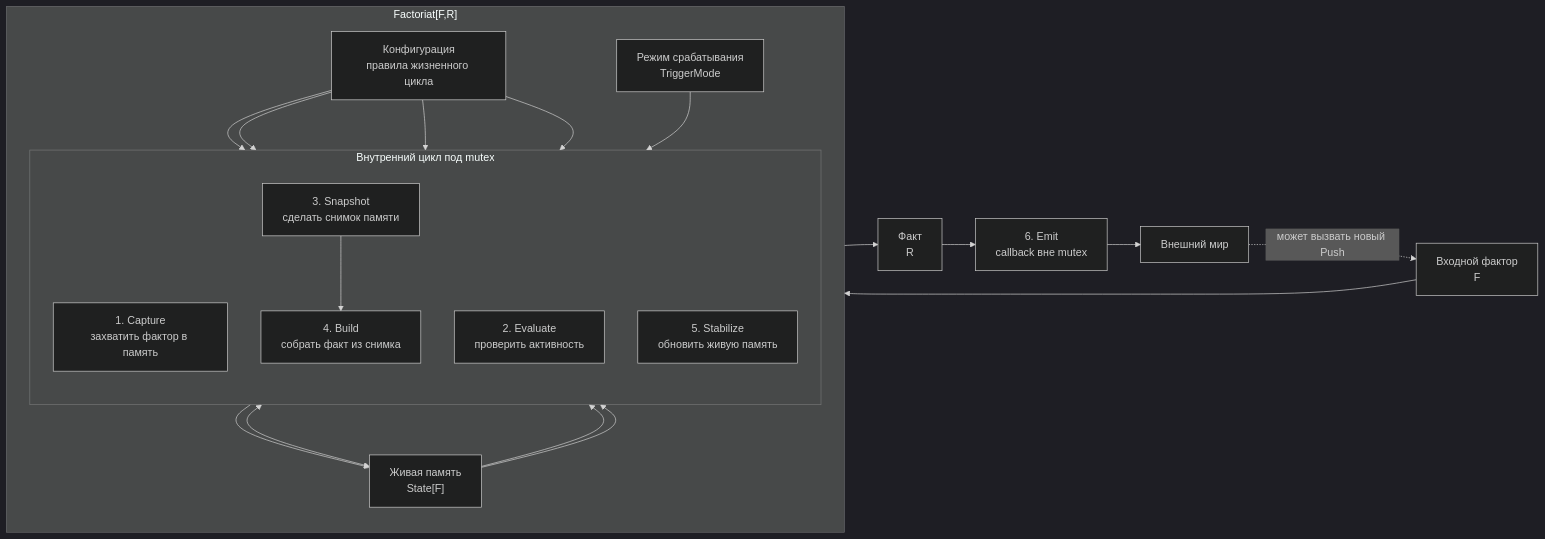
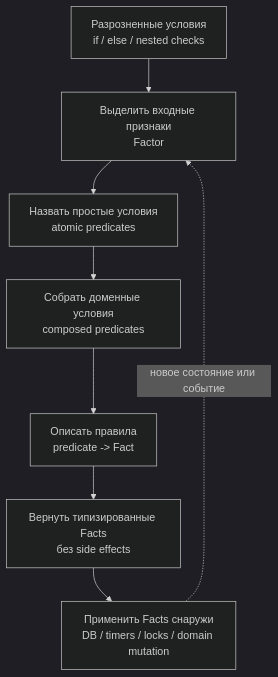
One commit to vortex14/go-factoriat changed the second of 2 diagrams in README.md. Above: the diagram before and after it, drawn with Mermaid (dark theme). The commit also changed other lines of this file and 10 other files, not shown here.

````diff
--- a/README.md
+++ b/README.md
@@ -173,38 +58,11 @@
 ```mermaid
-flowchart LR
-    IN["Входной фактор<br/>F"] --> FT
+flowchart TB
+    A["Разрозненные условия<br/>if / else / nested checks"] --> B["Выделить входные признаки<br/>Factor"]
+    B --> C["Назвать простые условия<br/>atomic predicates"]
+    C --> D["Собрать доменные условия<br/>composed predicates"]
+    D --> E["Описать правила<br/>predicate -> Fact"]
+    E --> F["Вернуть типизированные Facts<br/>без side effects"]
+    F --> G["Применить Facts снаружи<br/>DB / timers / locks / domain mutation"]
 
-    subgraph FT["Factoriat[F,R]"]
-        direction TB
-
-        CFG["Конфигурация<br/>правила жизненного цикла"]
-        MEM["Живая память<br/>State[F]"]
-        MODE["Режим срабатывания<br/>TriggerMode"]
-
-        subgraph LOCK["Внутренний цикл под mutex"]
-            direction TB
-            CAP["1. Capture<br/>захватить фактор в память"]
-            EVAL["2. Evaluate<br/>проверить активность"]
-            SNAP["3. Snapshot<br/>сделать снимок памяти"]
-            BUILD["4. Build<br/>собрать факт из снимка"]
-            STAB["5. Stabilize<br/>обновить живую память"]
-        end
-
-        CFG --> CAP
-        CFG --> EVAL
-        CFG --> BUILD
-        CFG --> STAB
-        MODE --> EVAL
-
-        MEM <--> CAP
-        MEM --> EVAL
-        MEM --> SNAP
-        SNAP --> BUILD
-        STAB --> MEM
-    end
-
-    BUILD --> FACT["Факт<br/>R"]
-    FACT --> EMIT["6. Emit<br/>callback вне mutex"]
-    EMIT --> OUT["Внешний мир"]
-    OUT -. "может вызвать новый Push" .-> IN
+    G -. "новое состояние или событие" .-> B
 ```
````
